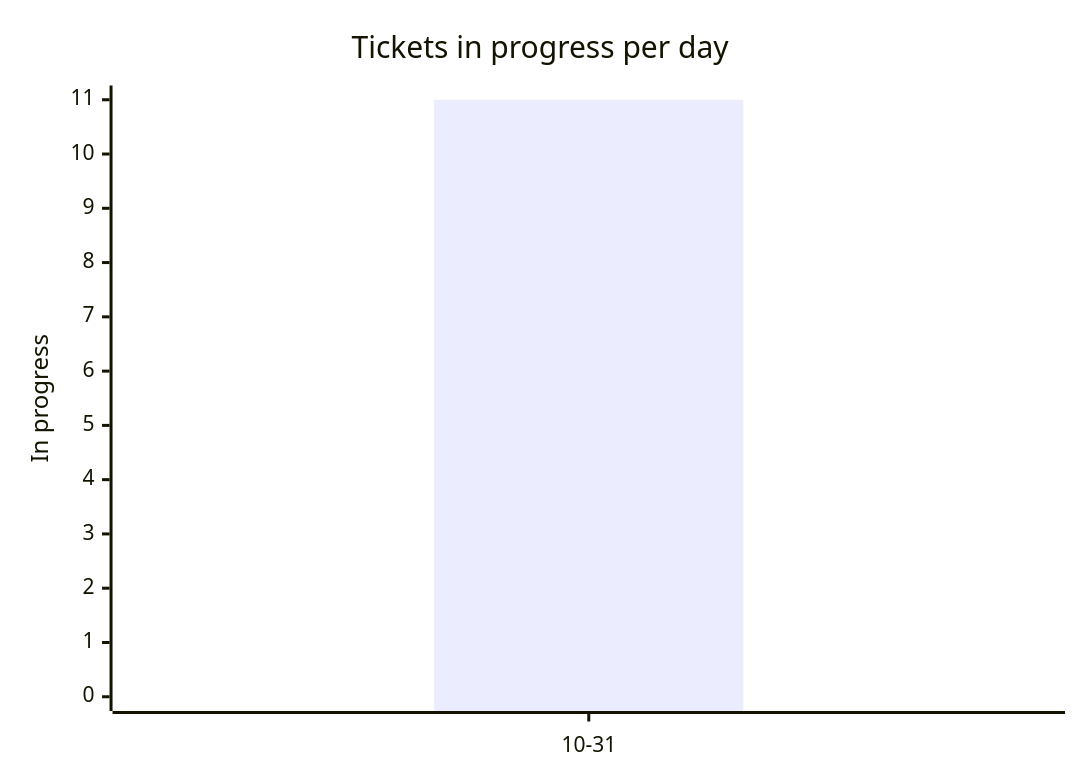
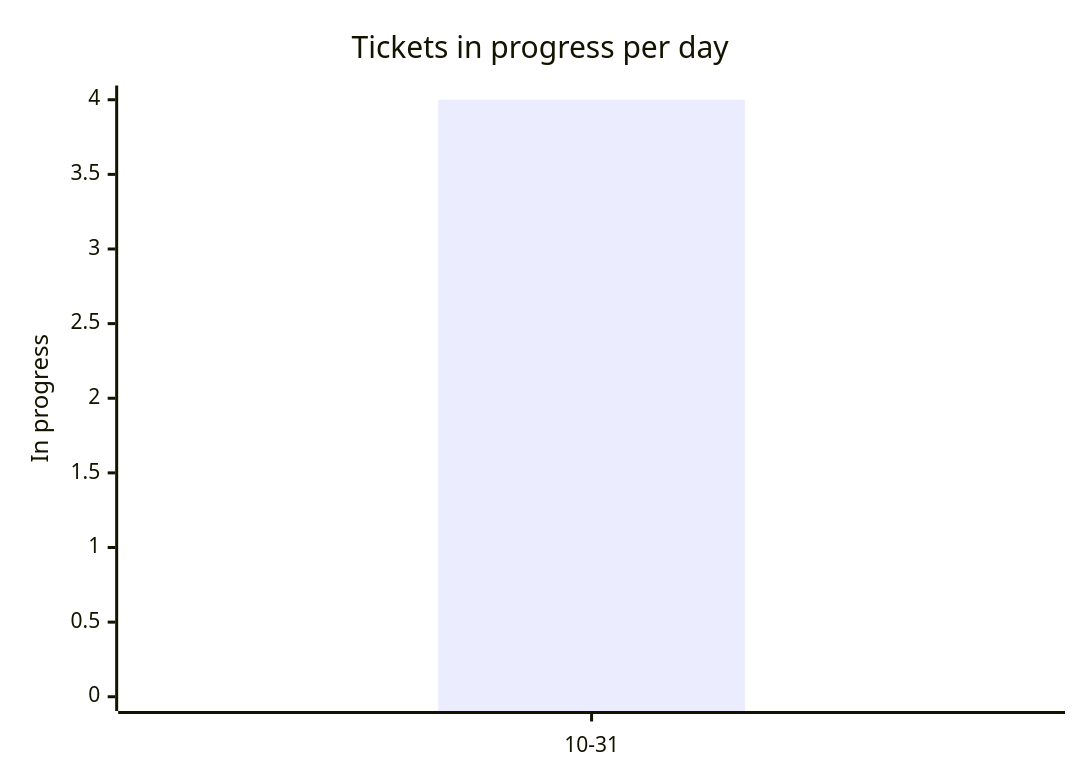
Before and after one commit to jfvorwald/taskville: the third of 5 diagrams in scripts/retro/test/fixtures/m1-golden.md, drawn with Mermaid. The commit also changed other lines of this file and 8 other files, not shown here.

````diff
--- a/scripts/retro/test/fixtures/m1-golden.md
+++ b/scripts/retro/test/fixtures/m1-golden.md
@@ -52,7 +52,7 @@
 ```mermaid
 xychart-beta
   title "Tickets in progress per day"
   x-axis ["10-31"]
-  y-axis "In progress" 0 --> 11
-  bar [11]
+  y-axis "In progress" 0 --> 4
+  bar [4]
 ```
````
